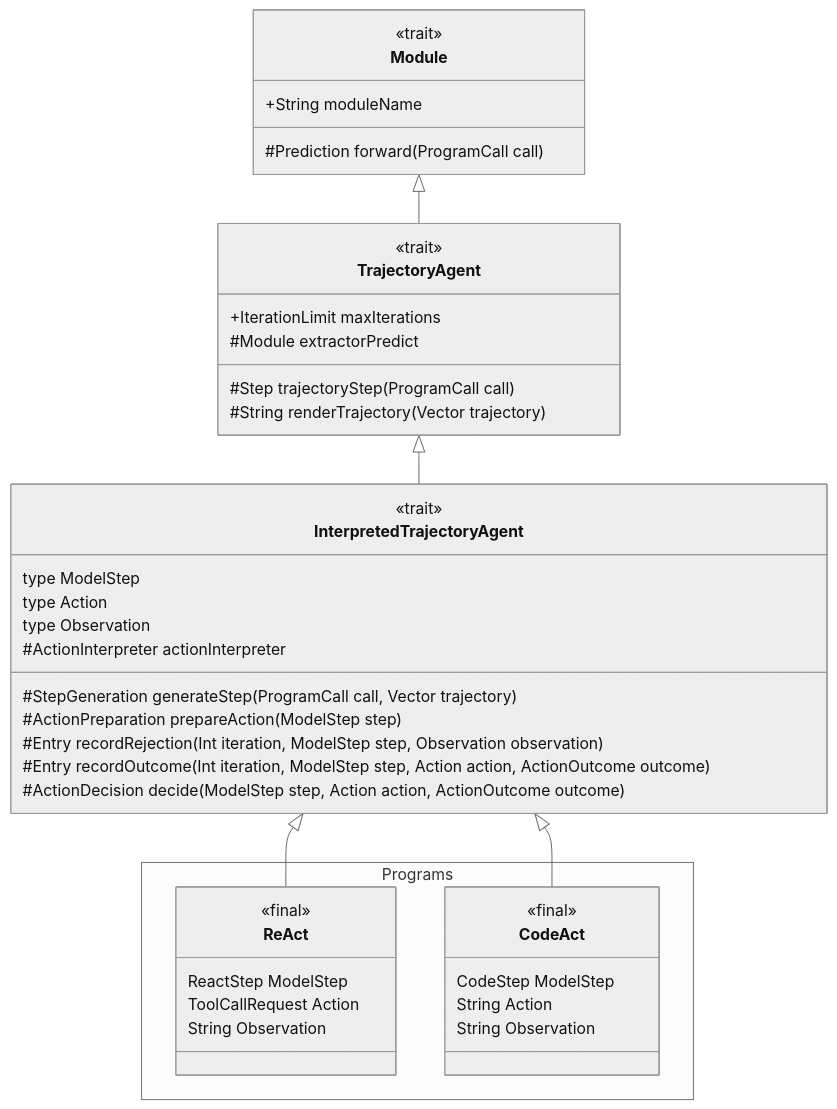
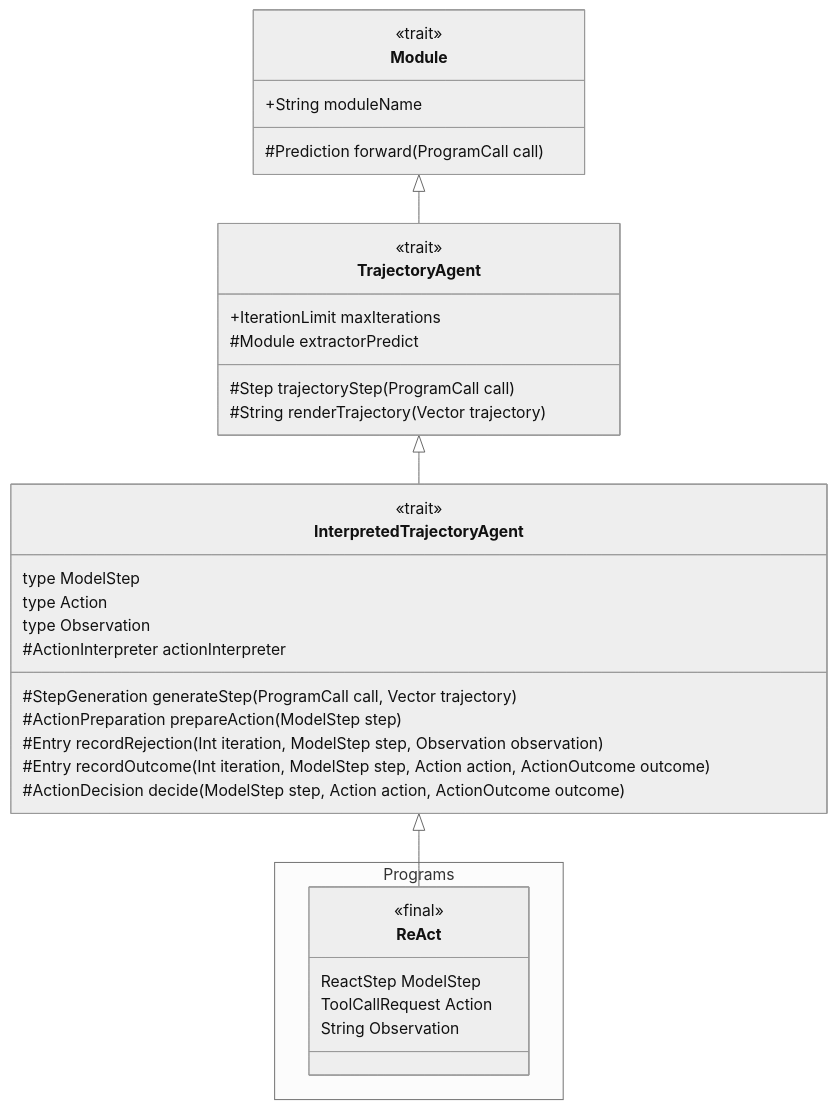
The first of 3 diagrams in modules/programs/src/main/scala/dspy4s/programs/runtime/InterpretedTrajectoryAgent.md (jpablo/dspy4s), drawn with Mermaid (neutral theme) before and after one commit. The commit also changed other lines of this file and 429 other files, not shown here.

````diff
--- a/modules/programs/src/main/scala/dspy4s/programs/runtime/InterpretedTrajectoryAgent.md
+++ b/modules/programs/src/main/scala/dspy4s/programs/runtime/InterpretedTrajectoryAgent.md
@@ -22,52 +22,44 @@
 ```mermaid
 classDiagram
     direction TB
 
     class Module {
         <<trait>>
         +String moduleName
         #Prediction forward(ProgramCall call)
     }
 
     class TrajectoryAgent {
         <<trait>>
         +IterationLimit maxIterations
         #Module extractorPredict
         #Step trajectoryStep(ProgramCall call)
         #String renderTrajectory(Vector trajectory)
     }
 
     class InterpretedTrajectoryAgent {
         <<trait>>
         type ModelStep
         type Action
         type Observation
         #ActionInterpreter actionInterpreter
         #StepGeneration generateStep(ProgramCall call, Vector trajectory)
         #ActionPreparation prepareAction(ModelStep step)
         #Entry recordRejection(Int iteration, ModelStep step, Observation observation)
         #Entry recordOutcome(Int iteration, ModelStep step, Action action, ActionOutcome outcome)
         #ActionDecision decide(ModelStep step, Action action, ActionOutcome outcome)
     }
 
     namespace Programs {
         class ReAct {
             <<final>>
             ReactStep ModelStep
             ToolCallRequest Action
             String Observation
         }
-
-        class CodeAct {
-            <<final>>
-            CodeStep ModelStep
-            String Action
-            String Observation
-        }
     }
 
     Module <|-- TrajectoryAgent
     TrajectoryAgent <|-- InterpretedTrajectoryAgent
     InterpretedTrajectoryAgent <|-- ReAct
-    InterpretedTrajectoryAgent <|-- CodeAct
 ```
````
